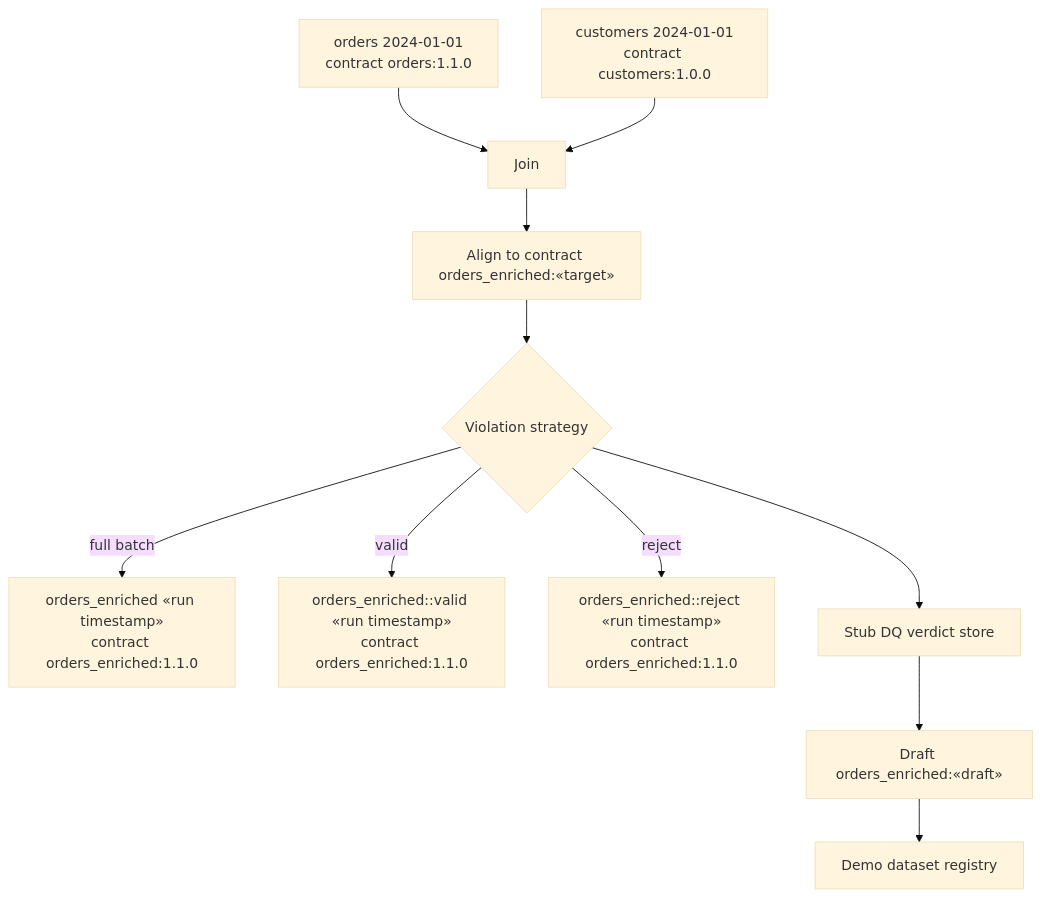
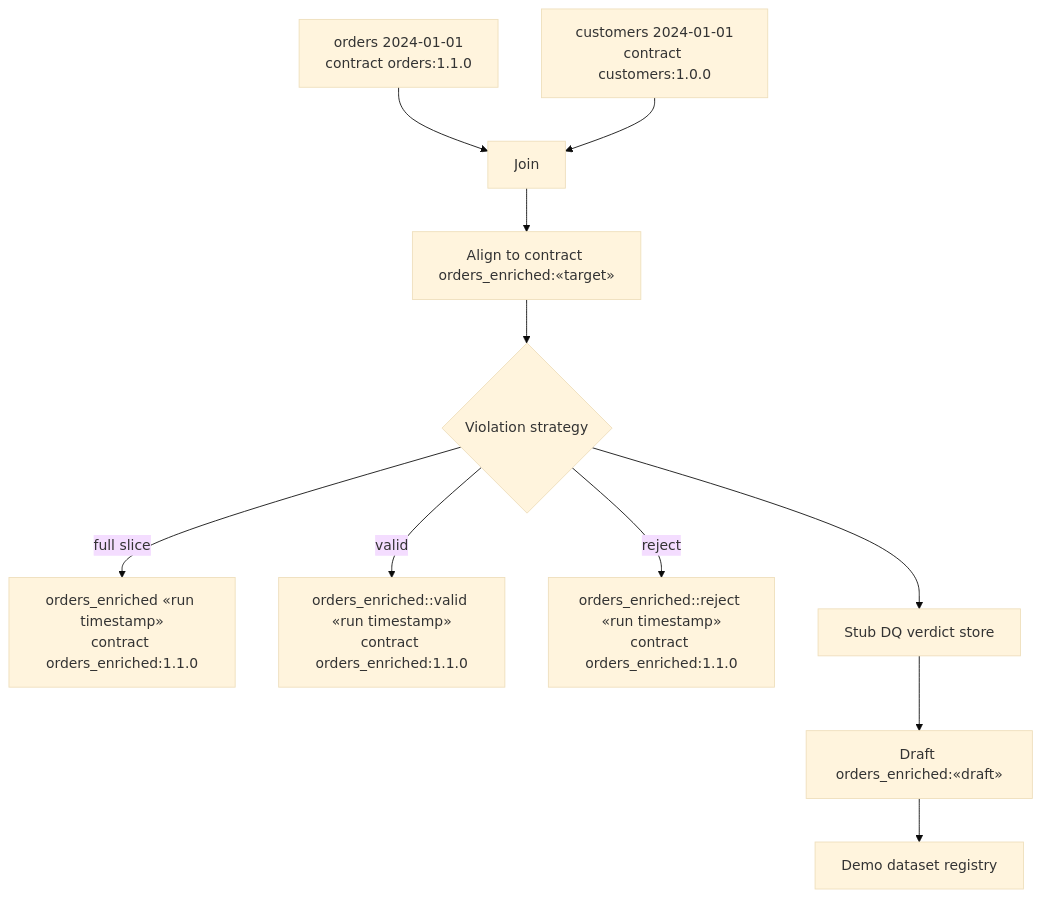
One commit to NextLab-SRL/dc43 changed the diagram in docs/demo-pipeline-scenarios.md. Above: the diagram before and after it, drawn with Mermaid (base theme). The commit also changed other lines of this file and 8 other files, not shown here.

````diff
--- a/docs/demo-pipeline-scenarios.md
+++ b/docs/demo-pipeline-scenarios.md
@@ -14,13 +14,13 @@
 ```mermaid
 graph TD
     Orders["orders 2024-01-01\ncontract orders:1.1.0"] --> Join
     Customers["customers 2024-01-01\ncontract customers:1.0.0"] --> Join
     Join --> Align[Align to contract orders_enriched:«target»]
     Align --> Strategy{Violation strategy}
-    Strategy -->|full batch| Output["orders_enriched «run timestamp»\ncontract orders_enriched:1.1.0"]
+    Strategy -->|full slice| Output["orders_enriched «run timestamp»\ncontract orders_enriched:1.1.0"]
     Strategy -->|valid| Valid["orders_enriched::valid «run timestamp»\ncontract orders_enriched:1.1.0"]
     Strategy -->|reject| Reject["orders_enriched::reject «run timestamp»\ncontract orders_enriched:1.1.0"]
     Strategy --> Governance[Stub DQ verdict store]
     Governance --> Drafts[Draft orders_enriched:«draft»]
     Drafts --> Registry[Demo dataset registry]
 ```
````
